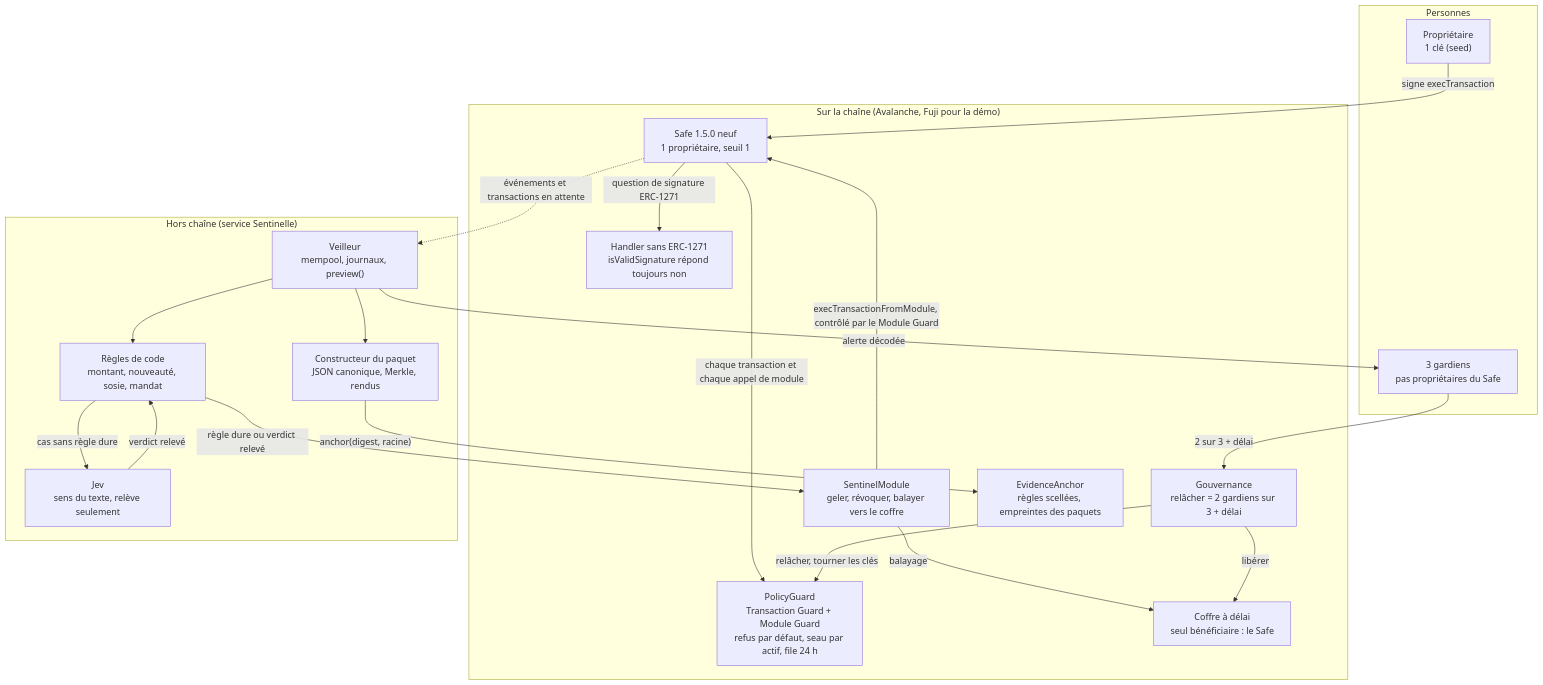
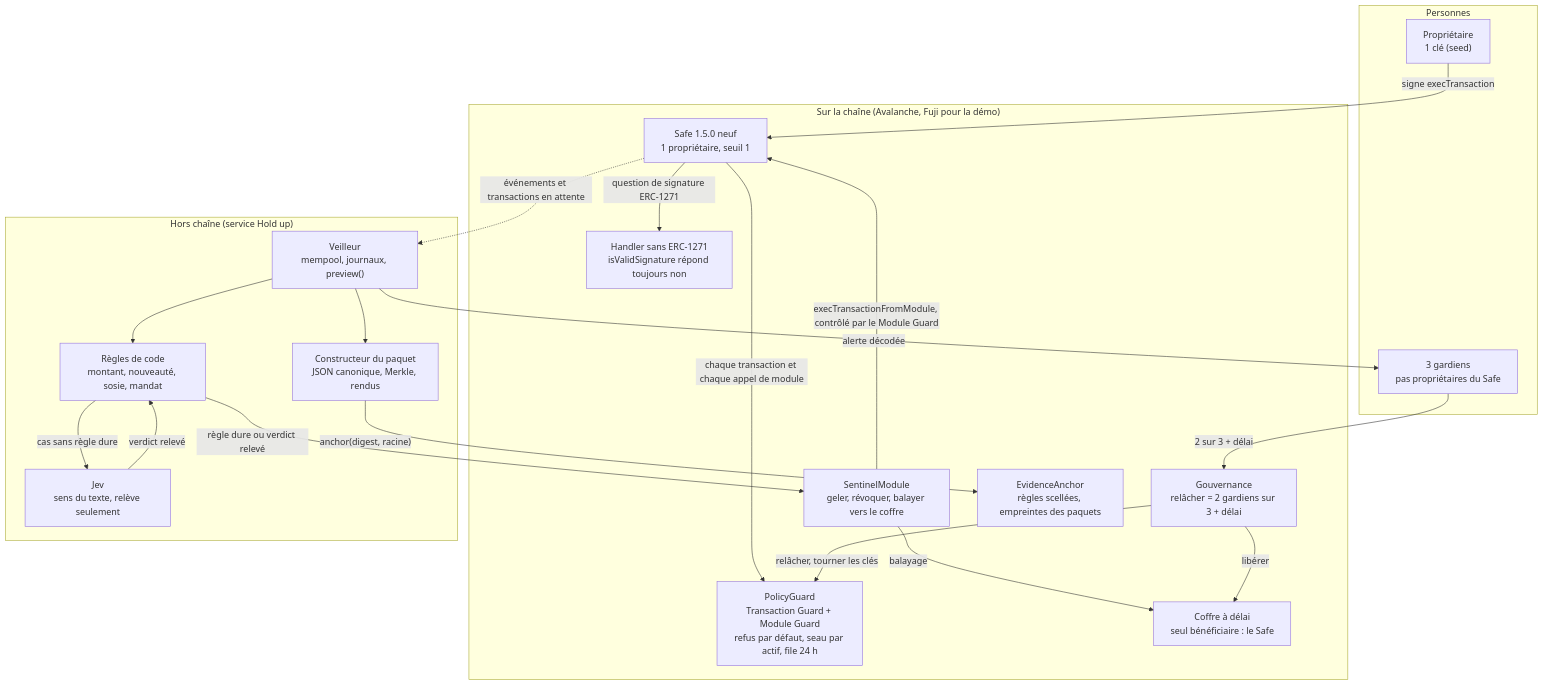
The first of 2 diagrams in research/tracks/T1_P4_faisabilite_particulier.md (adembnn/secure-horizon), drawn with Mermaid before and after one commit. The commit also changed other lines of this file and 105 other files, not shown here.

````diff
--- a/research/tracks/T1_P4_faisabilite_particulier.md
+++ b/research/tracks/T1_P4_faisabilite_particulier.md
@@ -420,38 +420,38 @@
 ```mermaid
 flowchart TB
   subgraph PEOPLE["Personnes"]
     OWNER["Propriétaire<br/>1 clé (seed)"]
     GUARDIANS["3 gardiens<br/>pas propriétaires du Safe"]
   end
   subgraph CHAIN["Sur la chaîne (Avalanche, Fuji pour la démo)"]
     SAFE["Safe 1.5.0 neuf<br/>1 propriétaire, seuil 1"]
     POLICY["PolicyGuard<br/>Transaction Guard + Module Guard<br/>refus par défaut, seau par actif, file 24 h"]
     HANDLER["Handler sans ERC-1271<br/>isValidSignature répond toujours non"]
     MODULE["SentinelModule<br/>geler, révoquer, balayer vers le coffre"]
     VAULT["Coffre à délai<br/>seul bénéficiaire : le Safe"]
     QUORUM["Gouvernance<br/>relâcher = 2 gardiens sur 3 + délai"]
     ANCHOR["EvidenceAnchor<br/>règles scellées, empreintes des paquets"]
   end
-  subgraph OFF["Hors chaîne (service Sentinelle)"]
+  subgraph OFF["Hors chaîne (service Hold up)"]
     WATCH["Veilleur<br/>mempool, journaux, preview()"]
     RULES["Règles de code<br/>montant, nouveauté, sosie, mandat"]
     JEV["Jev<br/>sens du texte, relève seulement"]
     PACK["Constructeur du paquet<br/>JSON canonique, Merkle, rendus"]
   end
   OWNER -->|"signe execTransaction"| SAFE
   SAFE -->|"chaque transaction et chaque appel de module"| POLICY
   SAFE -->|"question de signature ERC-1271"| HANDLER
   SAFE -.->|"événements et transactions en attente"| WATCH
   WATCH --> RULES
   RULES -->|"cas sans règle dure"| JEV
   JEV -->|"verdict relevé"| RULES
   RULES -->|"règle dure ou verdict relevé"| MODULE
   MODULE -->|"execTransactionFromModule, contrôlé par le Module Guard"| SAFE
   MODULE -->|"balayage"| VAULT
   WATCH -->|"alerte décodée"| GUARDIANS
   GUARDIANS -->|"2 sur 3 + délai"| QUORUM
   QUORUM -->|"relâcher, tourner les clés"| POLICY
   QUORUM -->|"libérer"| VAULT
   WATCH --> PACK
   PACK -->|"anchor(digest, racine)"| ANCHOR
 ```
````
